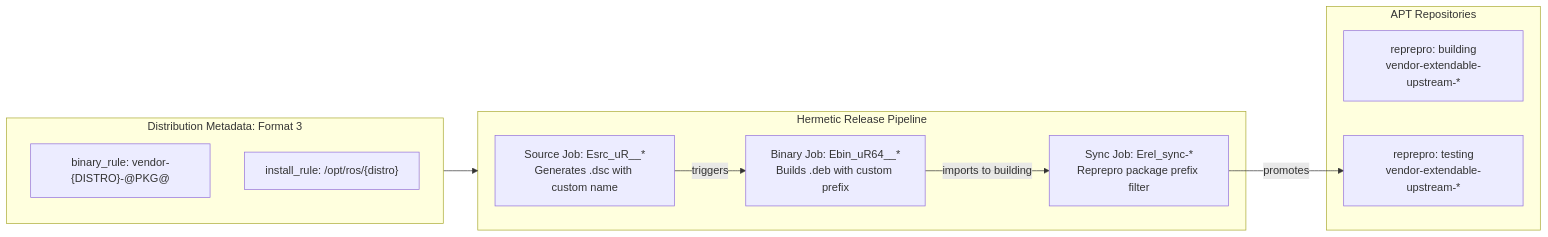
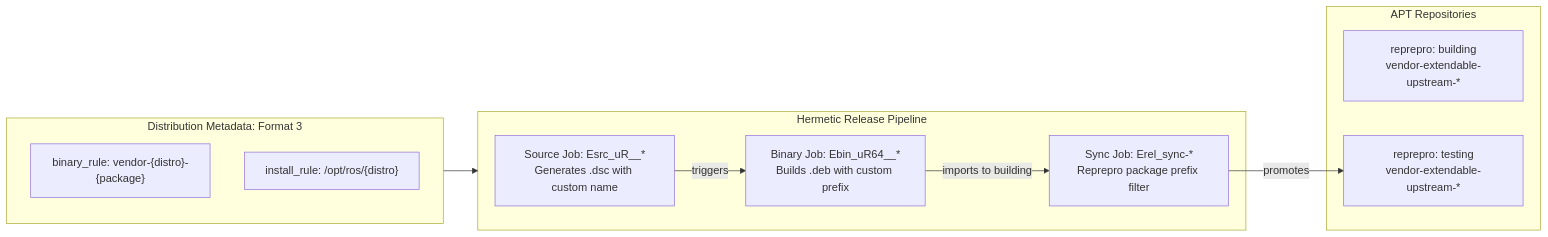
The first of 9 diagrams in TOPOLOGICAL_TESTING_EVIDENCE_GIST.md (KmoM88/rep159-testing), drawn with Mermaid before and after one commit. The commit also changed other lines of this file, not shown here.

Commit message:
docs(gist): update Stage 1 diagrams, release-gated lifecycle, and reprepro invariants in local gist copy

````diff
--- a/TOPOLOGICAL_TESTING_EVIDENCE_GIST.md
+++ b/TOPOLOGICAL_TESTING_EVIDENCE_GIST.md
@@ -11,25 +11,25 @@
 ```mermaid
 graph LR
     subgraph Spec [Distribution Metadata: Format 3]
-        BR["binary_rule: vendor-{DISTRO}-@PKG@"]
+        BR["binary_rule: vendor-{distro}-{package}"]
         IR["install_rule: /opt/ros/{distro}"]
     end
 
     subgraph ReleasePipeline [Hermetic Release Pipeline]
         SRC["Source Job: Esrc_uR__*<br/>Generates .dsc with custom name"]
         BIN["Binary Job: Ebin_uR64__*<br/>Builds .deb with custom prefix"]
         SYNC["Sync Job: Erel_sync-*<br/>Reprepro package prefix filter"]
         
         SRC -->|triggers| BIN
         BIN -->|imports to building| SYNC
     end
 
     subgraph Repositories [APT Repositories]
         BUILDING["reprepro: building<br/>vendor-extendable-upstream-*"]
         TESTING["reprepro: testing<br/>vendor-extendable-upstream-*"]
         
         SYNC -->|promotes| TESTING
     end
 
     Spec --> ReleasePipeline
 ```
````
